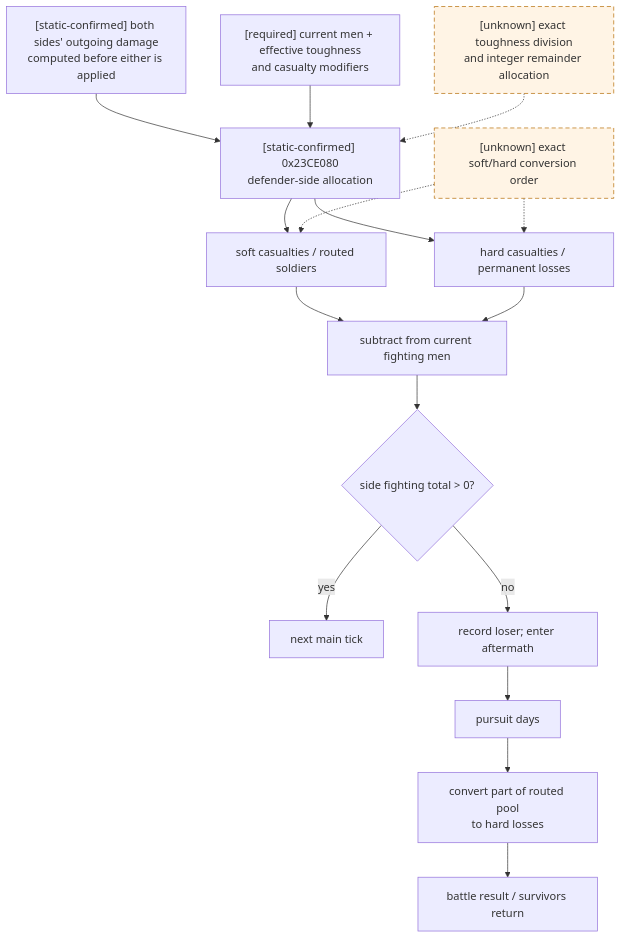
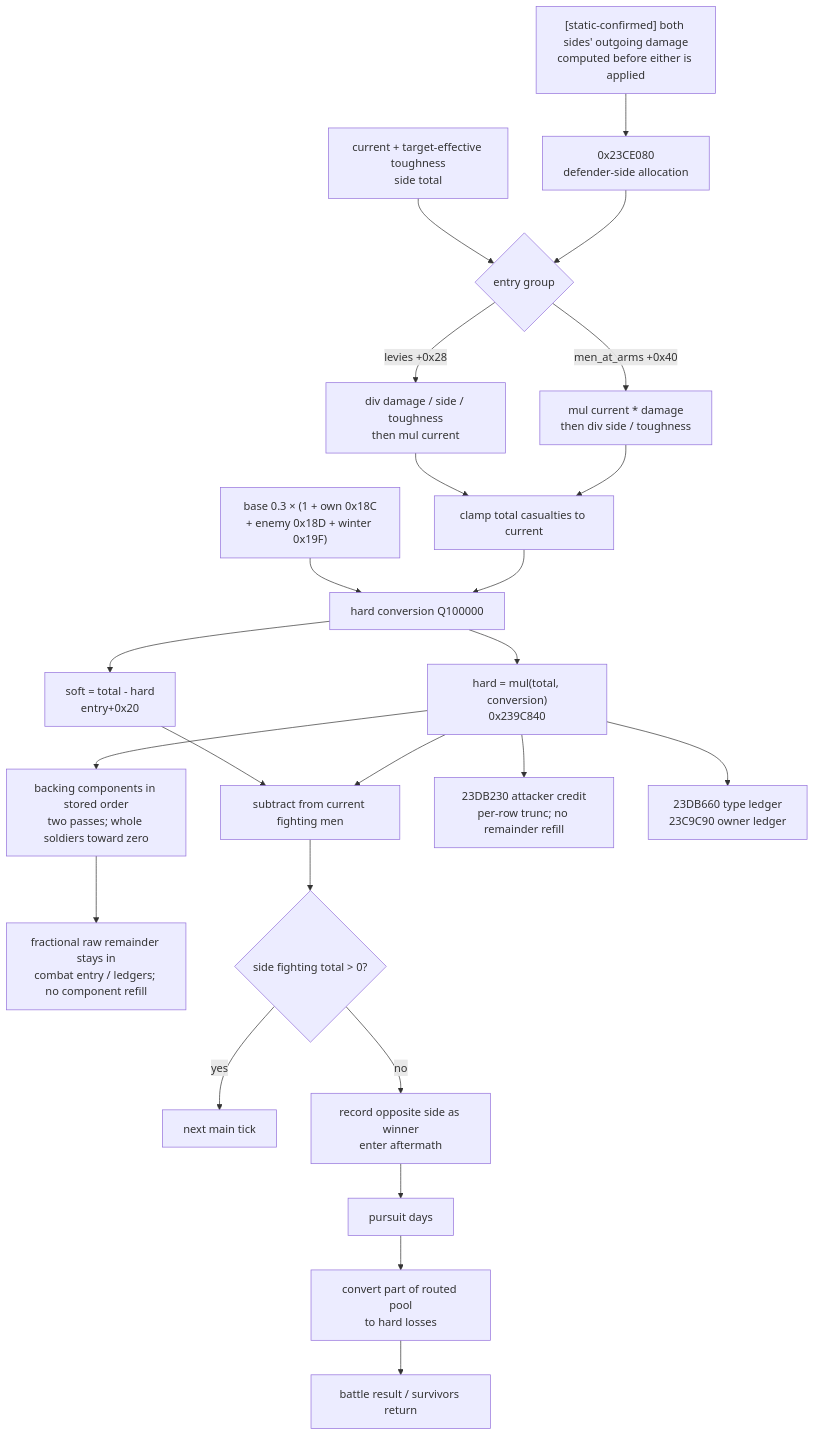
One commit to XenoAmess/ck3_eternal_recurrence changed the fourth of 8 diagrams in docs/ck3-native-ai/battle-simulation.md. Above: the diagram before and after it, drawn with Mermaid. The commit also changed other lines of this file and 183 other files, not shown here.

````diff
--- a/docs/ck3-native-ai/battle-simulation.md
+++ b/docs/ck3-native-ai/battle-simulation.md
@@ -210,20 +415,26 @@
 ```mermaid
 flowchart TD
-    OD["[static-confirmed] both sides' outgoing damage<br/>computed before either is applied"] --> DA["[static-confirmed] 0x23CE080<br/>defender-side allocation"]
-    DS["[required] current men + effective toughness<br/>and casualty modifiers"] --> DA
-    DA --> SC["soft casualties / routed soldiers"]
-    DA --> HC["hard casualties / permanent losses"]
+    OD["[static-confirmed] both sides' outgoing damage<br/>computed before either is applied"] --> DA["0x23CE080<br/>defender-side allocation"]
+    DS["current + target-effective toughness<br/>side total"] --> EG{"entry group"}
+    DA --> EG
+    EG -->|levies +0x28| LF["div damage / side / toughness<br/>then mul current"]
+    EG -->|men_at_arms +0x40| MF["mul current * damage<br/>then div side / toughness"]
+    CM["base 0.3 × (1 + own 0x18C<br/>+ enemy 0x18D + winter 0x19F)"] --> HCV["hard conversion Q100000"]
+    LF --> TC["clamp total casualties to current"]
+    MF --> TC
+    TC --> HCV
+    HCV --> SC["soft = total - hard<br/>entry+0x20"]
+    HCV --> HC["hard = mul(total, conversion)<br/>0x239C840"]
+    HC --> CP["backing components in stored order<br/>two passes; whole soldiers toward zero"]
+    CP --> CR["fractional raw remainder stays in<br/>combat entry / ledgers; no component refill"]
     SC --> FM["subtract from current fighting men"]
     HC --> FM
+    HC --> AL["23DB230 attacker credit<br/>per-row trunc; no remainder refill"]
+    HC --> DL["23DB660 type ledger<br/>23C9C90 owner ledger"]
     FM --> E{"side fighting total > 0?"}
     E -->|yes| N["next main tick"]
-    E -->|no| L["record loser; enter aftermath"]
-    L --> PU["pursuit days"]
-    PU --> CV["convert part of routed pool<br/>to hard losses"]
-    CV --> R["battle result / survivors return"]
-    U1["[unknown] exact toughness division<br/>and integer remainder allocation"] -.-> DA
-    U2["[unknown] exact soft/hard conversion order"] -.-> SC
-    U2 -.-> HC
-    classDef unknown stroke-dasharray: 6 4,fill:#fff4e5,stroke:#b36b00;
-    class U1,U2 unknown;
+    E -->|no| LOS["record opposite side as winner<br/>enter aftermath"]
+    LOS --> PU["pursuit days"]
+    PU --> PCV["convert part of routed pool<br/>to hard losses"]
+    PCV --> R["battle result / survivors return"]
 ```
````
